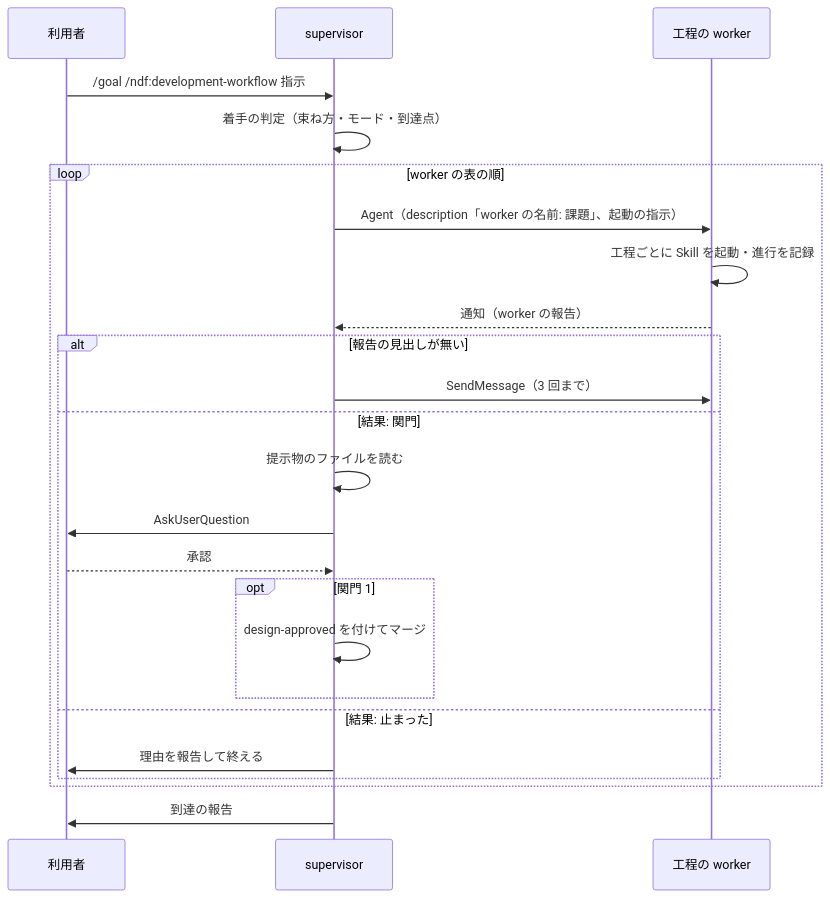
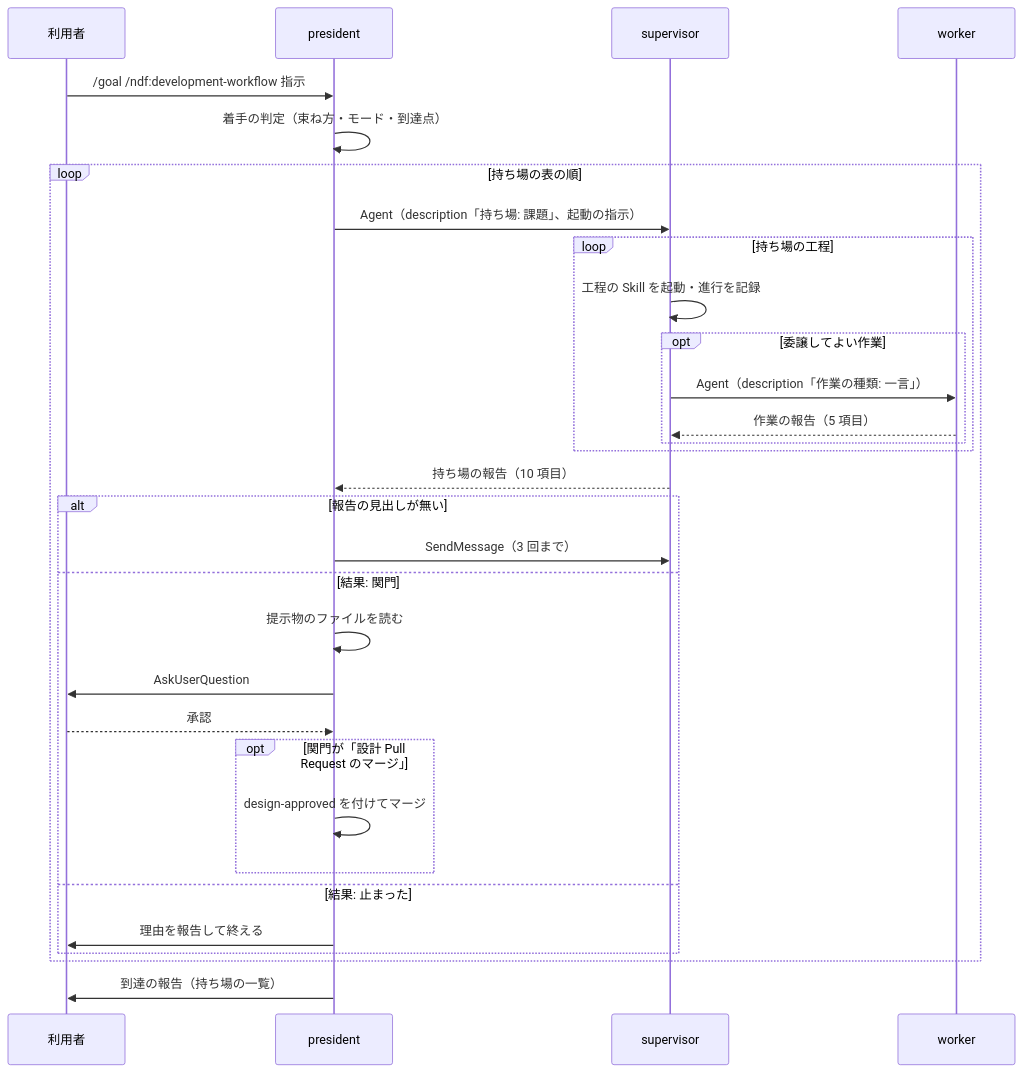
The fifth of 6 diagrams in issues/issue-550-657-design.md (devbasex/ai-plugins), drawn with Mermaid before and after one commit. The commit also changed other lines of this file and 2 other files, not shown here.

First line of the commit message:
Docs: 3 層（president / supervisor / worker）で設計し直す（#550 #657）

````diff
--- a/issues/issue-550-657-design.md
+++ b/issues/issue-550-657-design.md
@@ -332,26 +385,33 @@
 ```mermaid
 sequenceDiagram
     participant H as 利用者
-    participant P as supervisor
-    participant W as 工程の worker
+    participant P as president
+    participant S as supervisor
+    participant W as worker
     H->>P: /goal /ndf:development-workflow 指示
     P->>P: 着手の判定（束ね方・モード・到達点）
-    loop worker の表の順
-        P->>W: Agent（description「worker の名前: 課題」、起動の指示）
-        W->>W: 工程ごとに Skill を起動・進行を記録
-        W-->>P: 通知（worker の報告）
+    loop 持ち場の表の順
+        P->>S: Agent（description「持ち場: 課題」、起動の指示）
+        loop 持ち場の工程
+            S->>S: 工程の Skill を起動・進行を記録
+            opt 委譲してよい作業
+                S->>W: Agent（description「作業の種類: 一言」）
+                W-->>S: 作業の報告（5 項目）
+            end
+        end
+        S-->>P: 持ち場の報告（10 項目）
         alt 報告の見出しが無い
-            P->>W: SendMessage（3 回まで）
+            P->>S: SendMessage（3 回まで）
         else 結果: 関門
             P->>P: 提示物のファイルを読む
             P->>H: AskUserQuestion
             H-->>P: 承認
-            opt 関門 1
+            opt 関門が「設計 Pull Request のマージ」
                 P->>P: design-approved を付けてマージ
             end
         else 結果: 止まった
             P->>H: 理由を報告して終える
         end
     end
-    P->>H: 到達の報告
+    P->>H: 到達の報告（持ち場の一覧）
 ```
````
